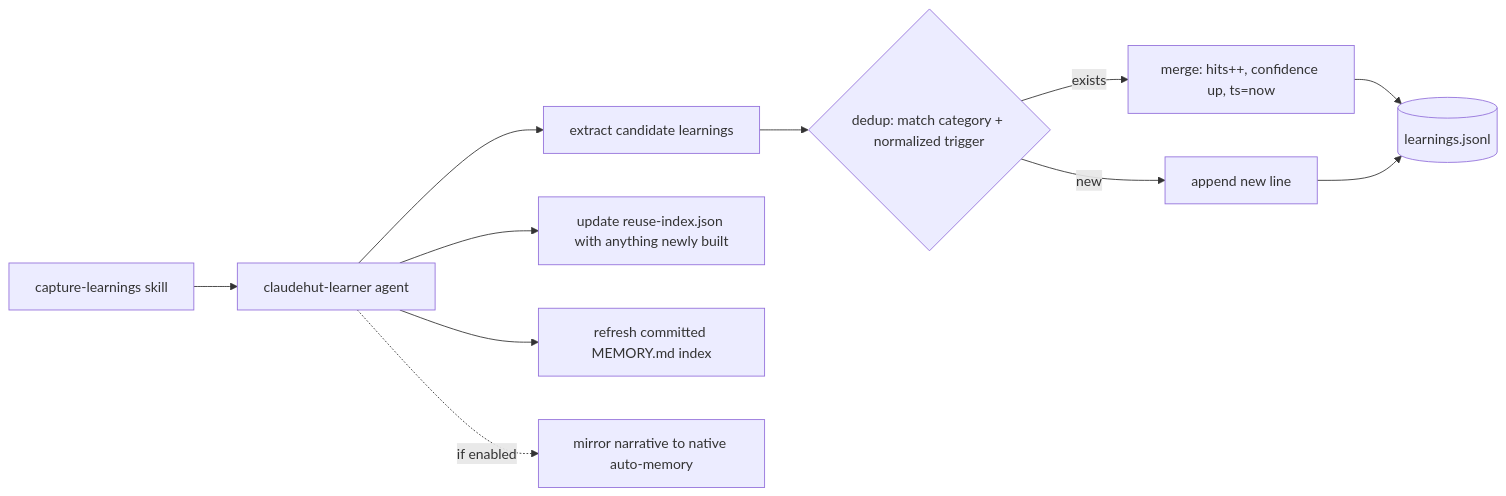
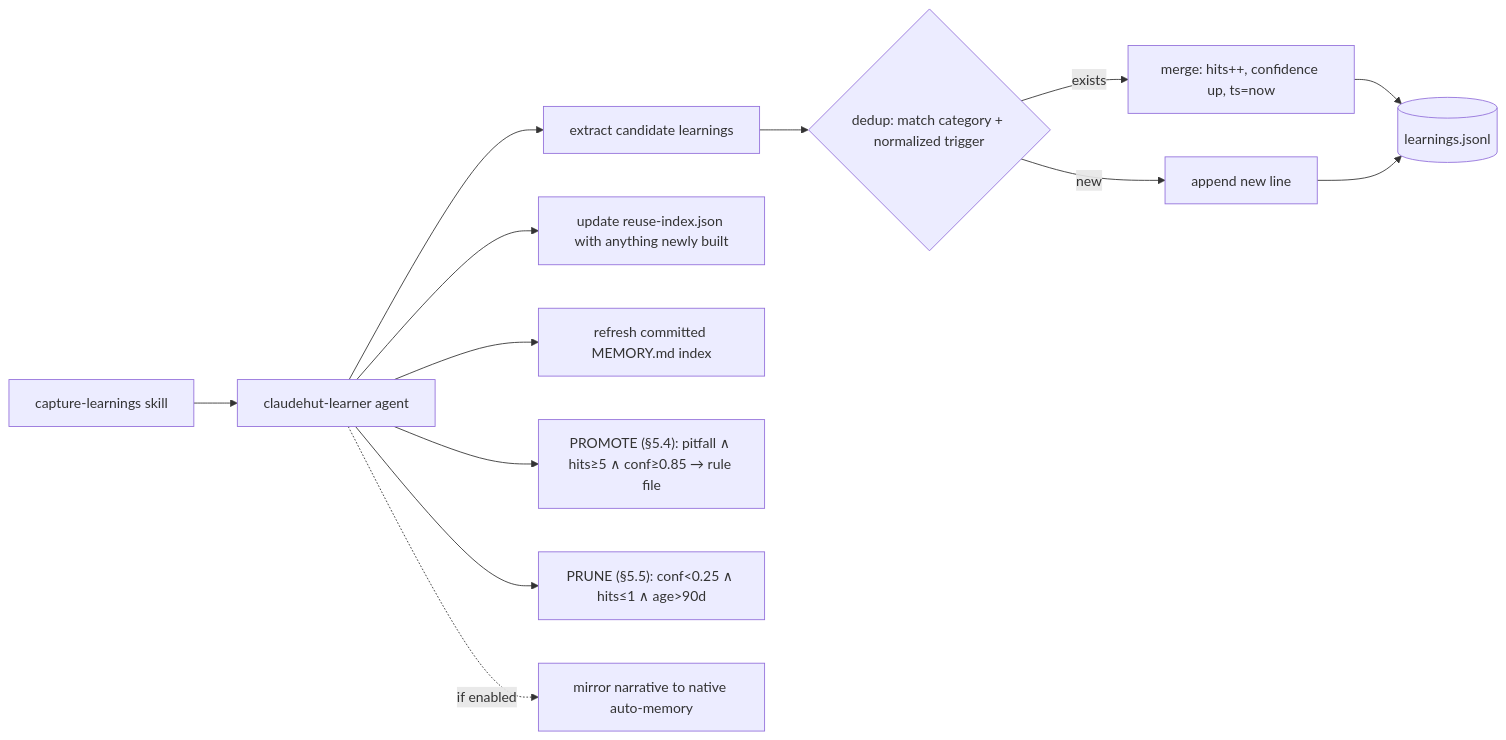
Before and after one commit to taipt1504/claudehut: the third of 5 diagrams in .claude/docs/design/07-memory-architecture.md, drawn with Mermaid. The commit also changed other lines of this file and 48 other files, not shown here.

````diff
--- a/.claude/docs/design/07-memory-architecture.md
+++ b/.claude/docs/design/07-memory-architecture.md
@@ -224,13 +231,15 @@
 ```mermaid
 flowchart LR
     L[capture-learnings skill] --> A[claudehut-learner agent]
     A --> E[extract candidate learnings]
     E --> D{dedup: match category + normalized trigger}
     D -->|exists| M[merge: hits++, confidence up, ts=now]
     D -->|new| N[append new line]
     M --> J[(learnings.jsonl)]
     N --> J
     A --> RI[update reuse-index.json with anything newly built]
     A --> MI[refresh committed MEMORY.md index]
+    A --> P["PROMOTE (§5.4): pitfall ∧ hits≥5 ∧ conf≥0.85 → rule file"]
+    A --> PR["PRUNE (§5.5): conf<0.25 ∧ hits≤1 ∧ age>90d"]
     A -.if enabled.-> AM[mirror narrative to native auto-memory]
 ```
````
